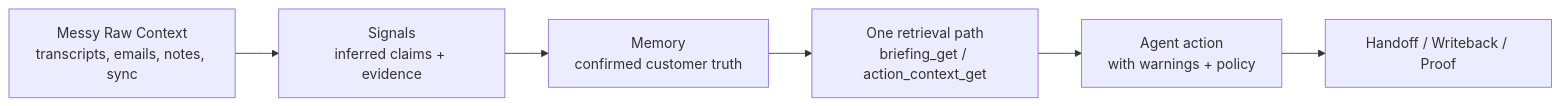
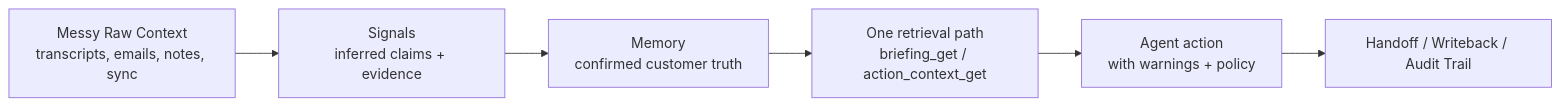
One commit to crmy-ai/crmy changed the first of 2 diagrams in README.md. Above: the diagram before and after it, drawn with Mermaid. The commit also changed other lines of this file and 13 other files, not shown here.

````diff
--- a/README.md
+++ b/README.md
@@ -81,11 +79,11 @@
 ```mermaid
 flowchart LR
   raw["Messy Raw Context\ntranscripts, emails, notes, sync"]
   signals["Signals\ninferred claims + evidence"]
   memory["Memory\nconfirmed customer truth"]
   retrieve["One retrieval path\nbriefing_get / action_context_get"]
   action["Agent action\nwith warnings + policy"]
-  proof["Handoff / Writeback / Proof"]
+  proof["Handoff / Writeback / Audit Trail"]
 
   raw --> signals --> memory --> retrieve --> action --> proof
 ```
````
